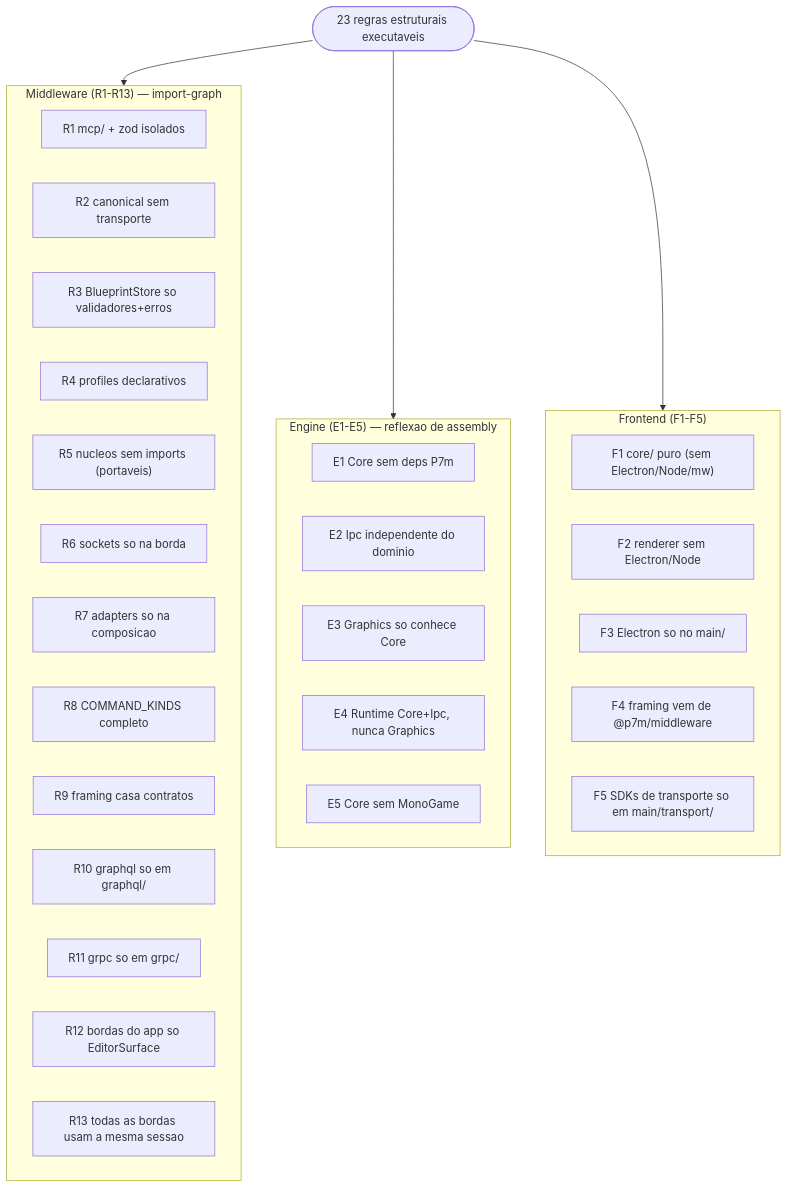
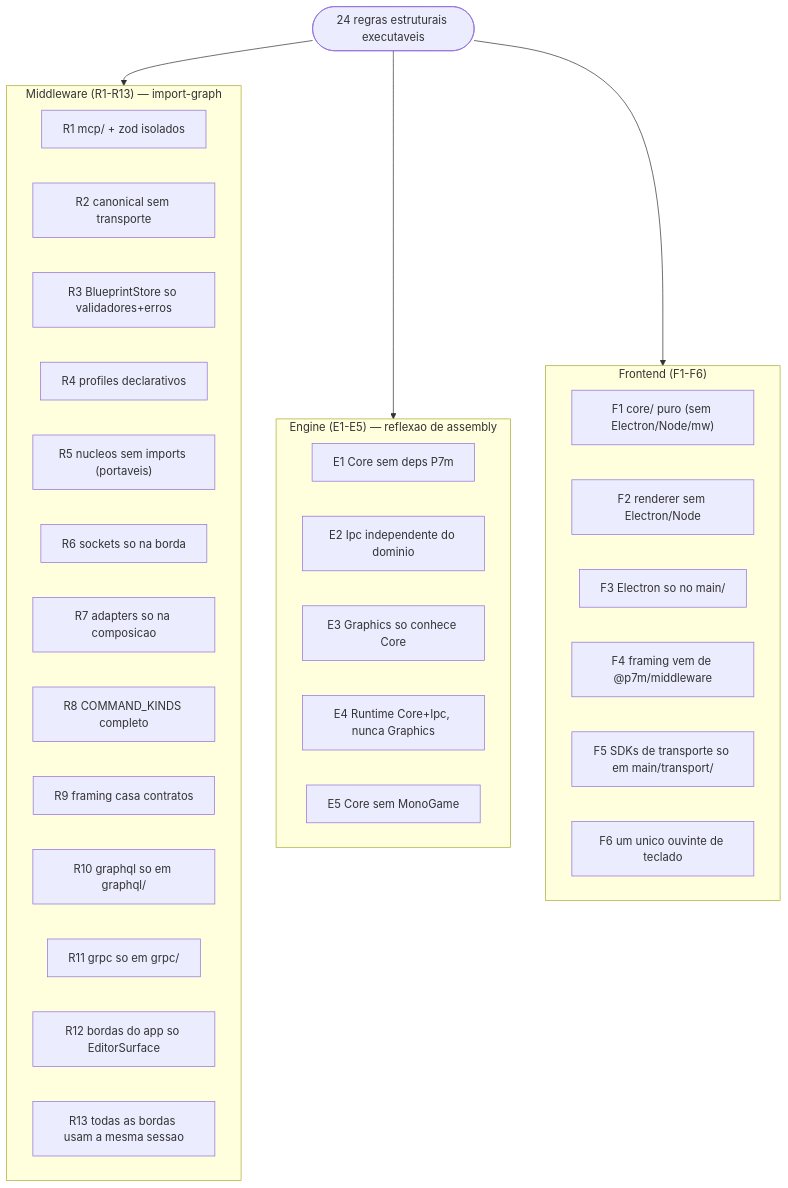
Before and after one commit to flaviotinococoutinho/Gridsmith: the second of 5 diagrams in docs/GOVERNANCE.md, drawn with Mermaid. The commit also changed other lines of this file and 25 other files, not shown here.

````diff
--- a/docs/GOVERNANCE.md
+++ b/docs/GOVERNANCE.md
@@ -68,35 +69,36 @@
 ```mermaid
 graph TD
-  ROOT(["23 regras estruturais executaveis"]) --> MWg
+  ROOT(["24 regras estruturais executaveis"]) --> MWg
   ROOT --> ENg
   ROOT --> FEg
   subgraph MWg["Middleware (R1-R13) — import-graph"]
     R1["R1 mcp/ + zod isolados"]
     R2["R2 canonical sem transporte"]
     R3["R3 BlueprintStore so validadores+erros"]
     R4["R4 profiles declarativos"]
     R5["R5 nucleos sem imports (portaveis)"]
     R6["R6 sockets so na borda"]
     R7["R7 adapters so na composicao"]
     R8["R8 COMMAND_KINDS completo"]
     R9["R9 framing casa contratos"]
     R10["R10 graphql so em graphql/"]
     R11["R11 grpc so em grpc/"]
     R12["R12 bordas do app so EditorSurface"]
     R13["R13 todas as bordas usam a mesma sessao"]
   end
   subgraph ENg["Engine (E1-E5) — reflexao de assembly"]
     E1["E1 Core sem deps P7m"]
     E2["E2 Ipc independente do dominio"]
     E3["E3 Graphics so conhece Core"]
     E4["E4 Runtime Core+Ipc, nunca Graphics"]
     E5["E5 Core sem MonoGame"]
   end
-  subgraph FEg["Frontend (F1-F5)"]
+  subgraph FEg["Frontend (F1-F6)"]
     F1["F1 core/ puro (sem Electron/Node/mw)"]
     F2["F2 renderer sem Electron/Node"]
     F3["F3 Electron so no main/"]
     F4["F4 framing vem de @p7m/middleware"]
     F5["F5 SDKs de transporte so em main/transport/"]
+    F6["F6 um unico ouvinte de teclado"]
   end
 ```
````
